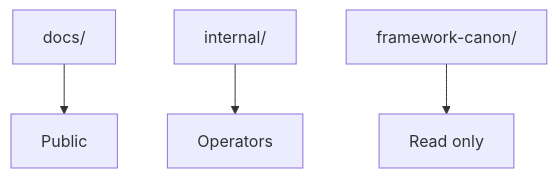
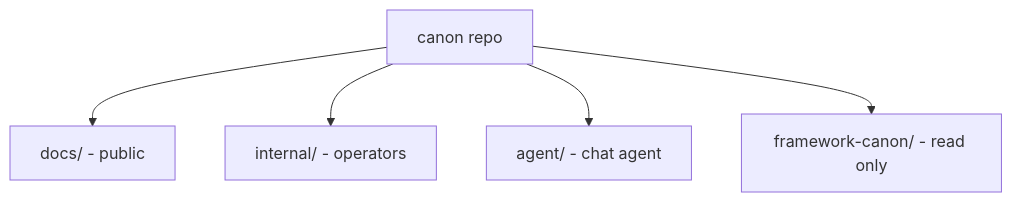
The diagram in README.md (redrhino-online/red-canon), drawn with Mermaid before and after one commit. The commit also changed other lines of this file and 25 other files, not shown here.

````diff
--- a/README.md
+++ b/README.md
@@ -5,6 +6,7 @@
 ```mermaid
 flowchart TD
-    A[docs/] --> B[Public]
-    C[internal/] --> D[Operators]
-    E[framework-canon/] --> F[Read only]
+    R[canon repo] --> A[docs/ - public]
+    R --> B[internal/ - operators]
+    R --> C[agent/ - chat agent]
+    R --> D[framework-canon/ - read only]
 ```
````
